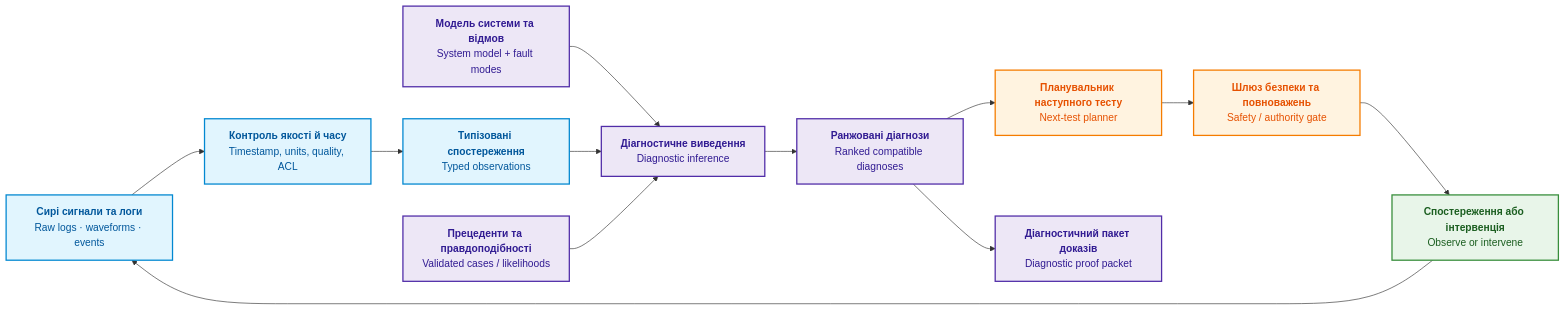
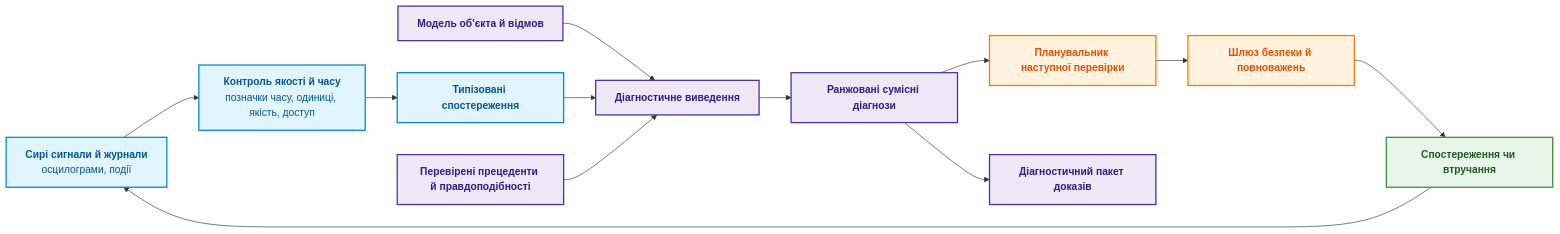
Before and after one commit to nick-fedchik/articles: the first of 5 diagrams in ExpertSystem/ch24-system-diagnosis.md, drawn with Mermaid. The commit also changed other lines of this file, not shown here.

````diff
--- a/ExpertSystem/ch24-system-diagnosis.md
+++ b/ExpertSystem/ch24-system-diagnosis.md
@@ -54,27 +32,27 @@
 ```mermaid
 flowchart LR
-    accTitle: Контур діагностичного виведення та планування тестів
-    accDescr: Від сирих логів та осцилограм через спостереження та модель системи до ранжованих діагнозів і безпечних перевірок.
+    accTitle: Цикл діагностичного виведення й планування перевірок
+    accDescr: Сирі сигнали й журнали проходять контроль якості й часу та стають типізованими спостереженнями; разом із моделлю відмов і прецедентами вони дають ранжовані діагнози, з яких планувальник обирає наступну безпечну перевірку.
 
-    RAW["<b>Сирі сигнали та логи</b><br/>Raw logs · waveforms · events"] --> ADM["<b>Контроль якості й часу</b><br/>Timestamp, units, quality, ACL"]
-    ADM --> OBS["<b>Типізовані спостереження</b><br/>Typed observations"]
-    MOD["<b>Модель системи та відмов</b><br/>System model + fault modes"] --> INF["<b>Діагностичне виведення</b><br/>Diagnostic inference"]
+    RAW["<b>Сирі сигнали й журнали</b><br/>осцилограми, події"] --> ADM["<b>Контроль якості й часу</b><br/>позначки часу, одиниці, якість, доступ"]
+    ADM --> OBS["<b>Типізовані спостереження</b>"]
+    MOD["<b>Модель об'єкта й відмов</b>"] --> INF["<b>Діагностичне виведення</b>"]
     OBS --> INF
-    CASE["<b>Прецеденти та правдоподібності</b><br/>Validated cases / likelihoods"] --> INF
-    INF --> HYP["<b>Ранжовані діагнози</b><br/>Ranked compatible diagnoses"]
-    HYP --> TEST["<b>Планувальник наступного тесту</b><br/>Next-test planner"]
-    TEST --> SAFE["<b>Шлюз безпеки та повноважень</b><br/>Safety / authority gate"]
-    SAFE --> ACT["<b>Спостереження або інтервенція</b><br/>Observe or intervene"]
+    CASE["<b>Перевірені прецеденти й правдоподібності</b>"] --> INF
+    INF --> HYP["<b>Ранжовані сумісні діагнози</b>"]
+    HYP --> TEST["<b>Планувальник наступної перевірки</b>"]
+    TEST --> SAFE["<b>Шлюз безпеки й повноважень</b>"]
+    SAFE --> ACT["<b>Спостереження чи втручання</b>"]
     ACT --> RAW
-    HYP --> PACK["<b>Діагностичний пакет доказів</b><br/>Diagnostic proof packet"]
+    HYP --> PACK["<b>Діагностичний пакет доказів</b>"]
 
     classDef data fill:#e1f5fe,stroke:#0288d1,stroke-width:2px,color:#01579b;
     classDef inf fill:#ede7f6,stroke:#512da8,stroke-width:2px,color:#311b92;
     classDef plan fill:#fff3e0,stroke:#f57c00,stroke-width:2px,color:#e65100;
     classDef act fill:#e8f5e9,stroke:#388e3c,stroke-width:2px,color:#1b5e20;
 
     class RAW,ADM,OBS data;
     class MOD,CASE,INF,HYP,PACK inf;
     class TEST,SAFE plan;
     class ACT act;
 ```
````
